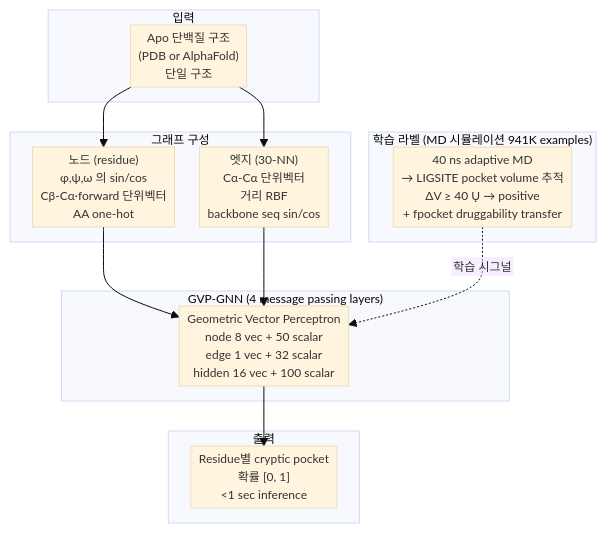
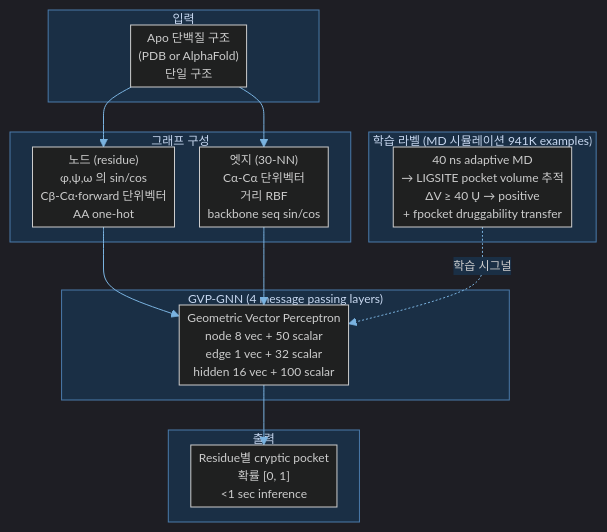
Before and after one commit to rlaalswhd199/PARA-vault: the diagram in 1_Projects/Crypticflow/Reading_Notes/Paper_Meller23_PocketMiner.md, drawn with Mermaid. The commit also changed other lines of this file and 32 other files, not shown here.

````diff
--- a/1_Projects/Crypticflow/Reading_Notes/Paper_Meller23_PocketMiner.md
+++ b/1_Projects/Crypticflow/Reading_Notes/Paper_Meller23_PocketMiner.md
@@ -30,31 +25,31 @@
 ```mermaid
-%%{init: {'theme':'base', 'flowchart': {'htmlLabels': false, 'curve': 'basis', 'nodeSpacing': 25, 'rankSpacing': 30, 'padding': 4, 'useMaxWidth': true}, 'themeVariables': {'fontSize': '12px'}}}%%
+%%{init: {'theme':'dark', 'flowchart': {'htmlLabels': true, 'curve': 'basis', 'nodeSpacing': 25, 'rankSpacing': 30, 'padding': 4, 'useMaxWidth': true}, 'themeVariables': {'fontSize': '12px', 'primaryColor': '#2d4a6e', 'primaryTextColor': '#e8eaf0', 'primaryBorderColor': '#5a8abf', 'lineColor': '#7ab3e0', 'secondaryColor': '#1e3a5a', 'tertiaryColor': '#162840', 'clusterBkg': '#1a2f45', 'clusterBorder': '#4a7aaa', 'titleColor': '#c8d8f0', 'edgeLabelBackground': '#1a2f45', 'nodeTextColor': '#e8eaf0'}}}%%
 flowchart TB
     subgraph INPUT["입력"]
-        APO["Apo 단백질 구조\n(PDB or AlphaFold)\n단일 구조"]
+        APO["Apo 단백질 구조<br/>(PDB or AlphaFold)<br/>단일 구조"]
     end
 
     subgraph GRAPH["그래프 구성"]
-        NODE["노드 (residue)\nφ,ψ,ω 의 sin/cos\nCβ-Cα·forward 단위벡터\nAA one-hot"]
-        EDGE["엣지 (30-NN)\nCα-Cα 단위벡터\n거리 RBF\nbackbone seq sin/cos"]
+        NODE["노드 (residue)<br/>φ,ψ,ω 의 sin/cos<br/>Cβ-Cα·forward 단위벡터<br/>AA one-hot"]
+        EDGE["엣지 (30-NN)<br/>Cα-Cα 단위벡터<br/>거리 RBF<br/>backbone seq sin/cos"]
     end
 
     subgraph GVPGNN["GVP-GNN (4 message passing layers)"]
-        GVP["Geometric Vector Perceptron\nnode 8 vec + 50 scalar\nedge 1 vec + 32 scalar\nhidden 16 vec + 100 scalar"]
+        GVP["Geometric Vector Perceptron<br/>node 8 vec + 50 scalar<br/>edge 1 vec + 32 scalar<br/>hidden 16 vec + 100 scalar"]
     end
 
     subgraph TRAIN["학습 라벨 (MD 시뮬레이션 941K examples)"]
-        SIM["40 ns adaptive MD\n→ LIGSITE pocket volume 추적\nΔV ≥ 40 Ų → positive\n+ fpocket druggability transfer"]
+        SIM["40 ns adaptive MD<br/>→ LIGSITE pocket volume 추적<br/>ΔV ≥ 40 Ų → positive<br/>+ fpocket druggability transfer"]
     end
 
     subgraph OUTPUT["출력"]
-        PRED["Residue별 cryptic pocket\n확률 [0, 1]\n<1 sec inference"]
+        PRED["Residue별 cryptic pocket<br/>확률 [0, 1]<br/><1 sec inference"]
     end
 
     APO --> NODE
     APO --> EDGE
     NODE --> GVP
     EDGE --> GVP
     GVP --> PRED
     SIM -.->|"학습 시그널"| GVP
 ```
````
